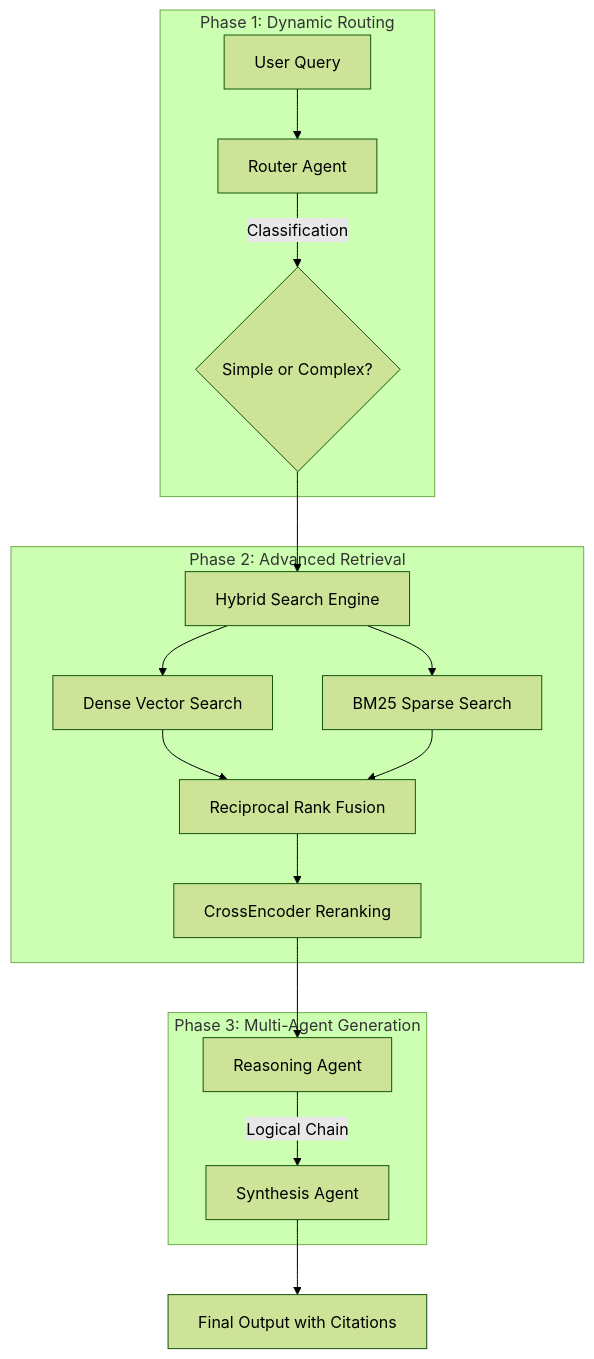
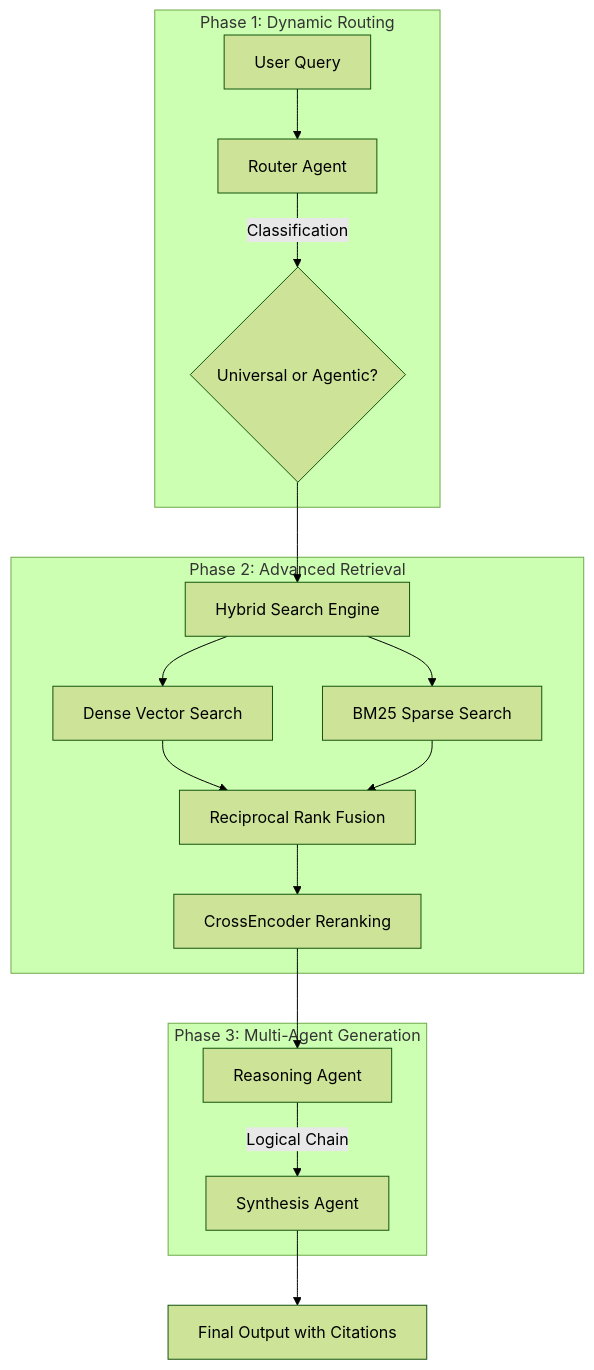
The third of 3 diagrams in DPR.md (Arjun-333/LexVed), drawn with Mermaid (forest theme) before and after one commit. The commit also changed other lines of this file, not shown here.

Commit message:
docs: finalize DPR with Universal/Agentic orchestration strategy

````diff
--- a/DPR.md
+++ b/DPR.md
@@ -67,23 +67,23 @@
 ```mermaid
 graph TD
     subgraph "Phase 1: Dynamic Routing"
         Q[User Query] --> R[Router Agent]
-        R -->|Classification| D{Simple or Complex?}
+        R -->|Classification| D{Universal or Agentic?}
     end
     
     subgraph "Phase 2: Advanced Retrieval"
         D --> H[Hybrid Search Engine]
         H --> DENSE[Dense Vector Search]
         H --> SPARSE[BM25 Sparse Search]
         DENSE --> FUSE[Reciprocal Rank Fusion]
         SPARSE --> FUSE
         FUSE --> RERANK[CrossEncoder Reranking]
     end
     
     subgraph "Phase 3: Multi-Agent Generation"
         RERANK --> REASON[Reasoning Agent]
         REASON --> |Logical Chain| SYNTHESIS[Synthesis Agent]
     end
     
     SYNTHESIS --> OUT[Final Output with Citations]
 ```
````
